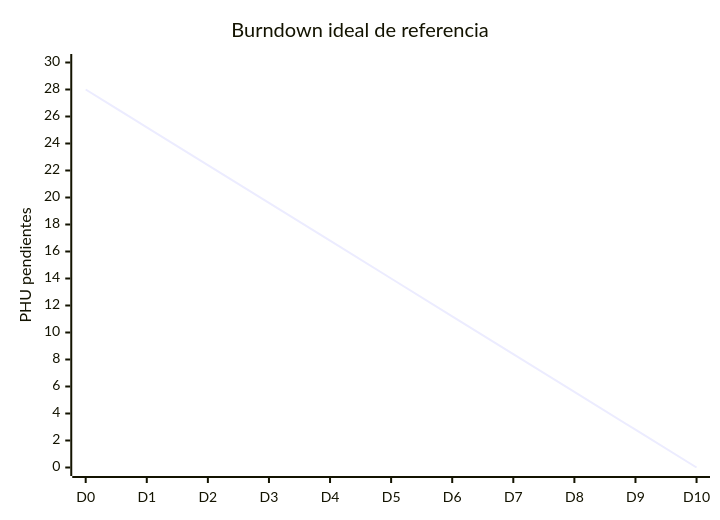
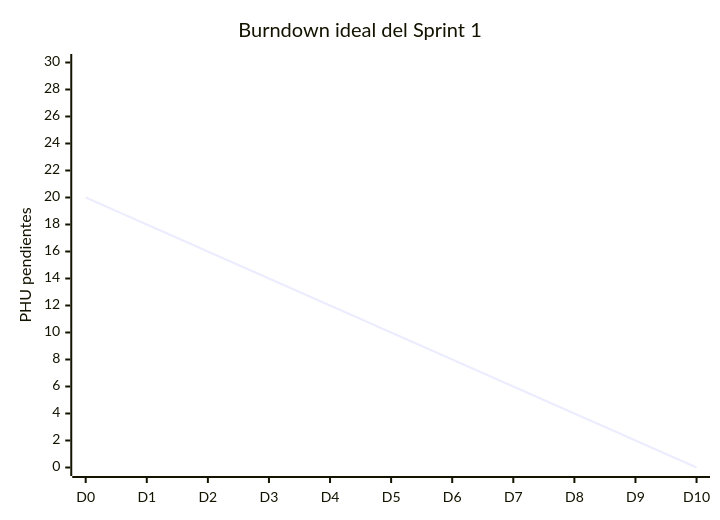
The diagram in project/registro-burndown.md (lfnavarroj1/sport-app-platform), drawn with Mermaid before and after one commit. The commit also changed other lines of this file and 2 other files, not shown here.

````diff
--- a/project/registro-burndown.md
+++ b/project/registro-burndown.md
@@ -26,7 +26,7 @@
 ```mermaid
 xychart-beta
-    title "Burndown ideal de referencia"
+    title "Burndown ideal del Sprint 1"
     x-axis ["D0", "D1", "D2", "D3", "D4", "D5", "D6", "D7", "D8", "D9", "D10"]
     y-axis "PHU pendientes" 0 --> 30
-    line [28, 25.2, 22.4, 19.6, 16.8, 14, 11.2, 8.4, 5.6, 2.8, 0]
+    line [20, 18, 16, 14, 12, 10, 8, 6, 4, 2, 0]
 ```
````
